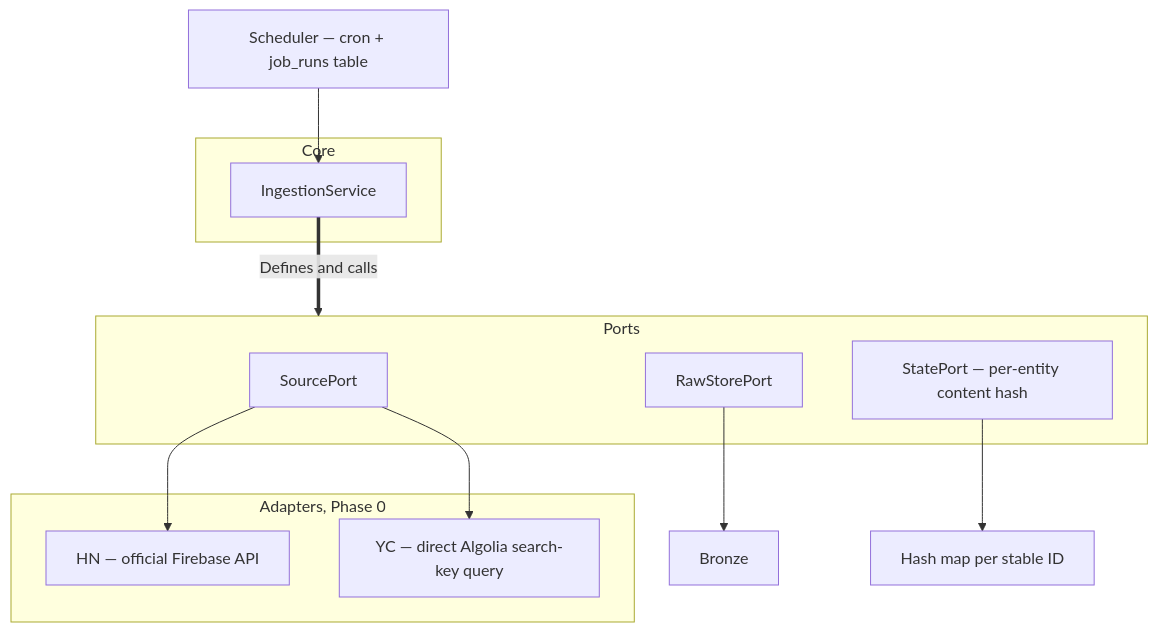
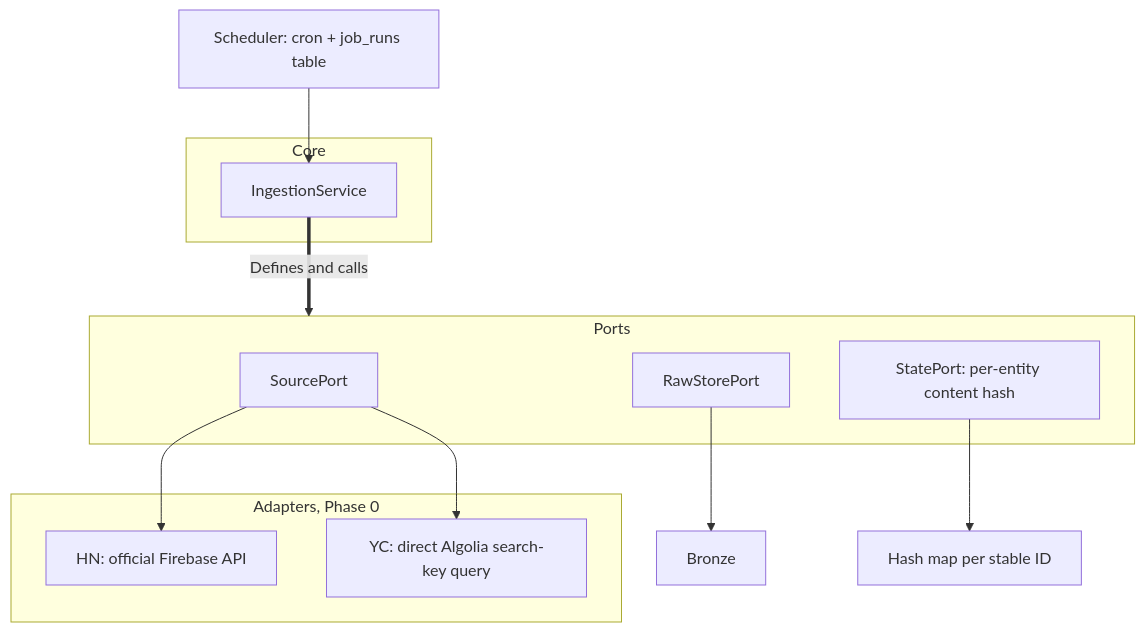
One commit to KhaledAwashreh/Huginn changed the third of 4 diagrams in Huginn Arch Dcument.md. Above: the diagram before and after it, drawn with Mermaid. The commit also changed other lines of this file, not shown here.

First line of the commit message:
Restyle the architecture document to the technical-writing style

````diff
--- a/Huginn Arch Dcument.md
+++ b/Huginn Arch Dcument.md
@@ -138,26 +140,26 @@
 ```mermaid
 flowchart TB
-    SCH["Scheduler — cron + job_runs table"]
+    SCH["Scheduler: cron + job_runs table"]
 
     subgraph CORE["Core"]
         ISVC["IngestionService"]
     end
 
     subgraph PORT["Ports"]
         PS["SourcePort"]
         PR["RawStorePort"]
-        PT["StatePort — per-entity content hash"]
+        PT["StatePort: per-entity content hash"]
     end
 
     subgraph IN["Adapters, Phase 0"]
-        A1["HN — official Firebase API"]
-        A2["YC — direct Algolia search-key query"]
+        A1["HN: official Firebase API"]
+        A2["YC: direct Algolia search-key query"]
     end
 
     SCH --> ISVC
     ISVC ==>|"Defines and calls"| PORT
     PS --> A1
     PS --> A2
     PR --> BR["Bronze"]
     PT --> CUR["Hash map per stable ID"]
 ```
````
